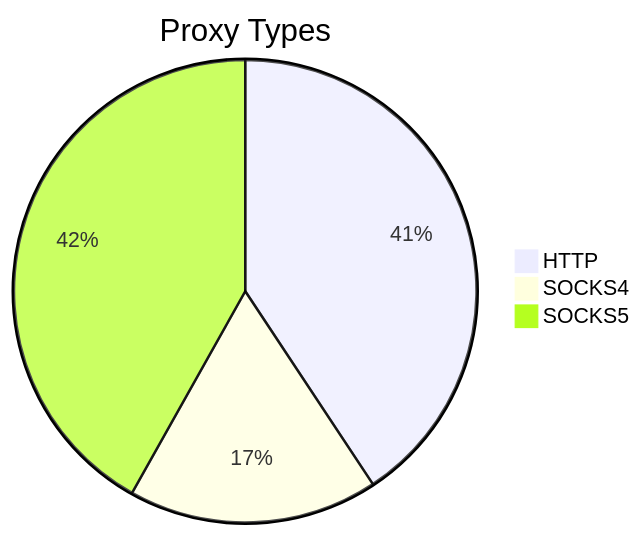
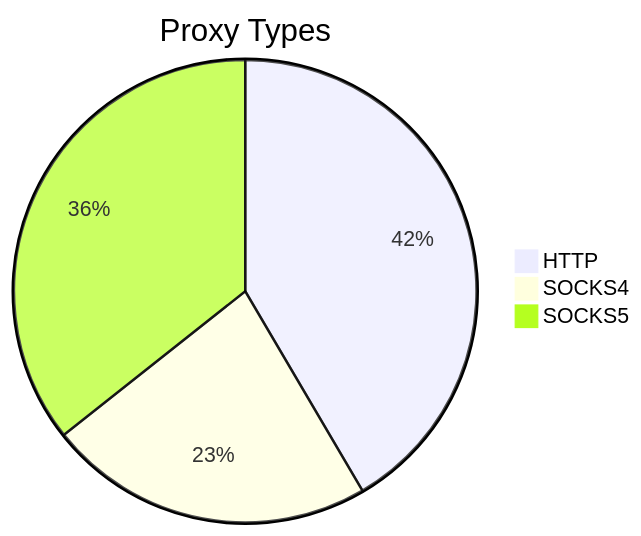
The first of 2 diagrams in README.md (stormsia/proxy-list), drawn with Mermaid before and after one commit. The commit also changed other lines of this file, not shown here.

````diff
--- a/README.md
+++ b/README.md
@@ -21,6 +21,6 @@
 ```mermaid
 pie title Proxy Types
-    "HTTP" : 140
-    "SOCKS4" : 60
-    "SOCKS5" : 144
+    "HTTP" : 226
+    "SOCKS4" : 124
+    "SOCKS5" : 194
 ```
````
